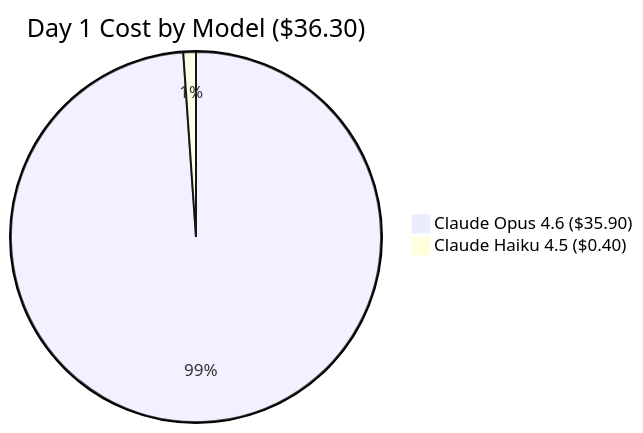
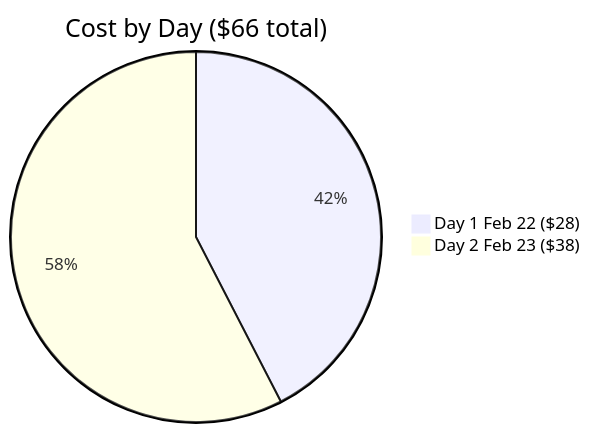
The fourth of 7 diagrams in README.md (atlantdak/claude-code-hackathon-xbo-market-kit), drawn with Mermaid before and after one commit. The commit also changed other lines of this file and 10 other files, not shown here.

````diff
--- a/README.md
+++ b/README.md
@@ -100,5 +100,5 @@
 ```mermaid
-pie title Day 1 Cost by Model ($36.30)
-    "Claude Opus 4.6 ($35.90)" : 3590
-    "Claude Haiku 4.5 ($0.40)" : 40
+pie title Cost by Day ($66 total)
+    "Day 1 Feb 22 ($28)" : 28
+    "Day 2 Feb 23 ($38)" : 38
 ```
````
